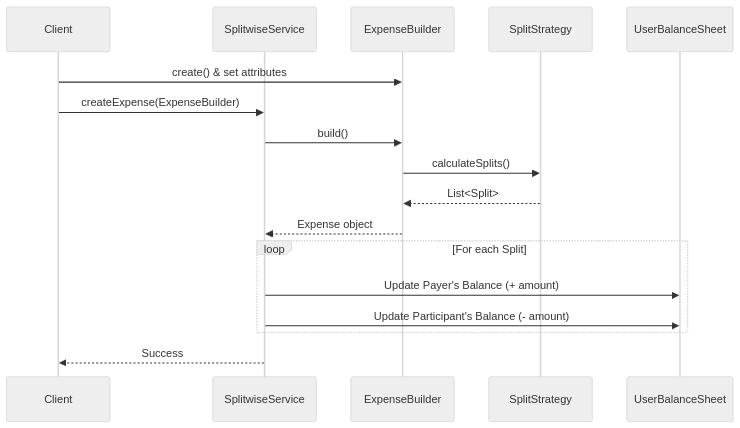
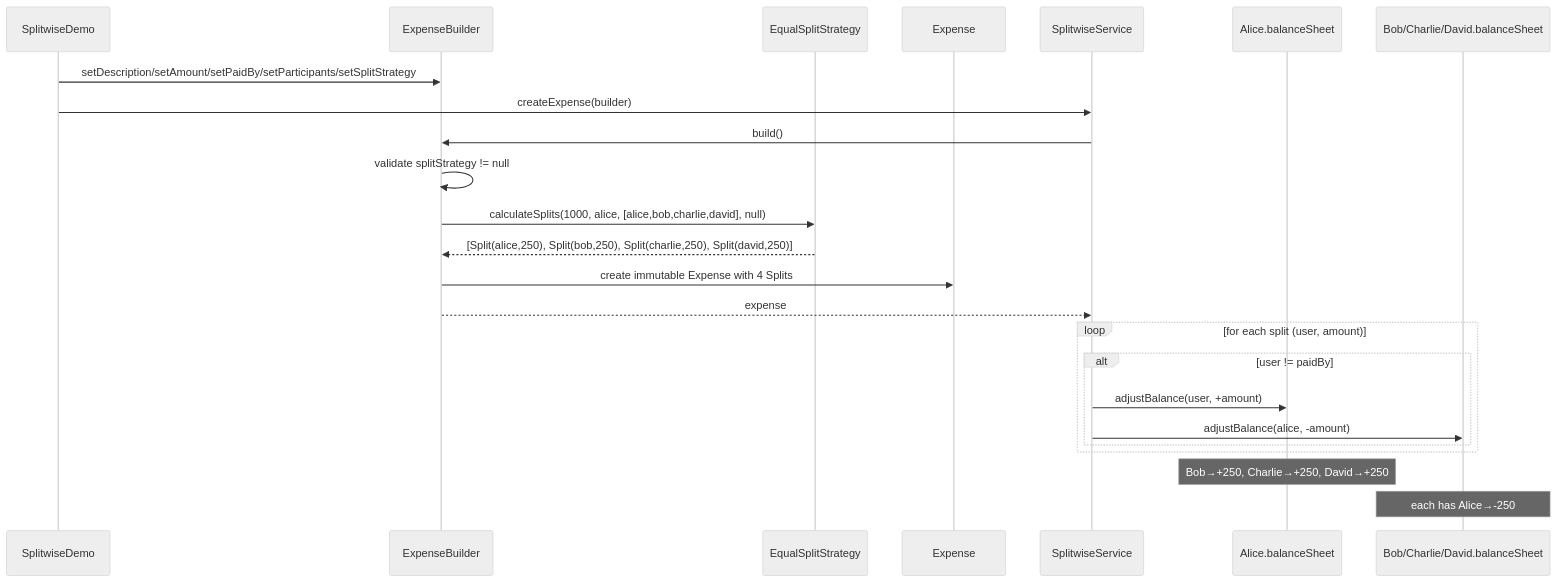
One commit to bhargavtenali/awesome-low-level-design changed the third of 5 diagrams in solutions/java/src/splitwise/SplitwiseLLD.md. Above: the diagram before and after it, drawn with Mermaid (neutral theme). The commit also changed other lines of this file, not shown here.

Commit message:
added notes for splitwise

````diff
--- a/solutions/java/src/splitwise/SplitwiseLLD.md
+++ b/solutions/java/src/splitwise/SplitwiseLLD.md
@@ -67,21 +229,27 @@
 ```mermaid
 sequenceDiagram
-    participant Client
-    participant SplitwiseService
-    participant ExpenseBuilder
-    participant SplitStrategy
-    participant UserBalanceSheet
-    
-    Client->>ExpenseBuilder: create() & set attributes
-    Client->>SplitwiseService: createExpense(ExpenseBuilder)
-    SplitwiseService->>ExpenseBuilder: build()
-    ExpenseBuilder->>SplitStrategy: calculateSplits()
-    SplitStrategy-->>ExpenseBuilder: List<Split>
-    ExpenseBuilder-->>SplitwiseService: Expense object
-    
-    loop For each Split
-        SplitwiseService->>UserBalanceSheet: Update Payer's Balance (+ amount)
-        SplitwiseService->>UserBalanceSheet: Update Participant's Balance (- amount)
+    participant Client as SplitwiseDemo
+    participant Builder as ExpenseBuilder
+    participant Strategy as EqualSplitStrategy
+    participant Expense
+    participant Service as SplitwiseService
+    participant AliceBS as Alice.balanceSheet
+    participant OthersBS as Bob/Charlie/David.balanceSheet
+
+    Client->>Builder: setDescription/setAmount/setPaidBy/setParticipants/setSplitStrategy
+    Client->>Service: createExpense(builder)
+    Service->>Builder: build()
+    Builder->>Builder: validate splitStrategy != null
+    Builder->>Strategy: calculateSplits(1000, alice, [alice,bob,charlie,david], null)
+    Strategy-->>Builder: [Split(alice,250), Split(bob,250), Split(charlie,250), Split(david,250)]
+    Builder->>Expense: create immutable Expense with 4 Splits
+    Builder-->>Service: expense
+    loop for each split (user, amount)
+        alt user != paidBy
+            Service->>AliceBS: adjustBalance(user, +amount)
+            Service->>OthersBS: adjustBalance(alice, -amount)
+        end
     end
-    SplitwiseService-->>Client: Success
+    Note over AliceBS: Bob→+250, Charlie→+250, David→+250
+    Note over OthersBS: each has Alice→-250
 ```
````
